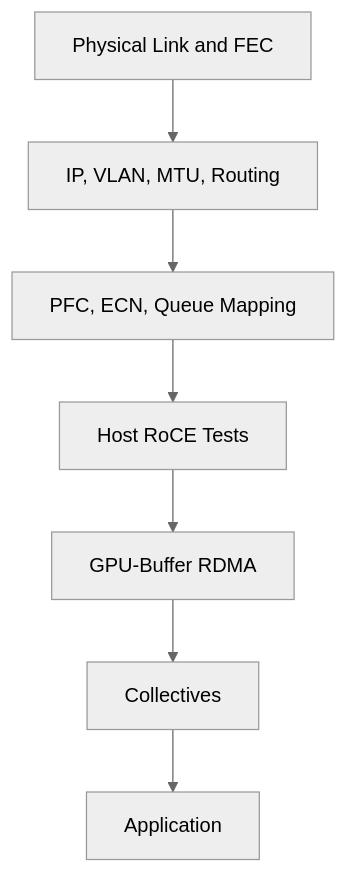
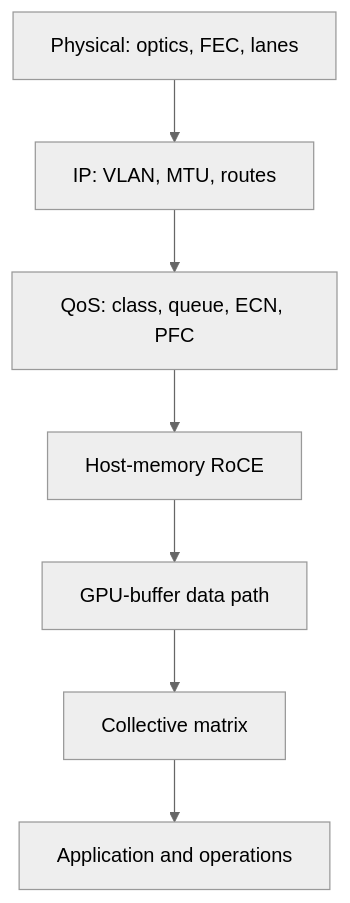
Before and after one commit to jithinpnjm/nvidia-devops: the first of 2 diagrams in docs/nvidia-zero-to-hero/volume-09/chapter-10-fabric-validation-and-capacity-planning.md, drawn with Mermaid (neutral theme). The commit also changed other lines of this file and 2 other files, not shown here.

Commit message:
docs: strengthen volume 09 validation and operations

````diff
--- a/docs/nvidia-zero-to-hero/volume-09/chapter-10-fabric-validation-and-capacity-planning.md
+++ b/docs/nvidia-zero-to-hero/volume-09/chapter-10-fabric-validation-and-capacity-planning.md
@@ -18,11 +29,9 @@
 ```mermaid
 flowchart TD
-    Physical[Physical Link and FEC]
-    IP[IP, VLAN, MTU, Routing]
-    QoS[PFC, ECN, Queue Mapping]
-    RDMA[Host RoCE Tests]
-    GDR[GPU-Buffer RDMA]
-    NCCL[Collectives]
-    App[Application]
-    Physical --> IP --> QoS --> RDMA --> GDR --> NCCL --> App
+ P[Physical: optics, FEC, lanes] --> I[IP: VLAN, MTU, routes]
+ I --> Q[QoS: class, queue, ECN, PFC]
+ Q --> R[Host-memory RoCE]
+ R --> G[GPU-buffer data path]
+ G --> C[Collective matrix]
+ C --> A[Application and operations]
 ```
````
